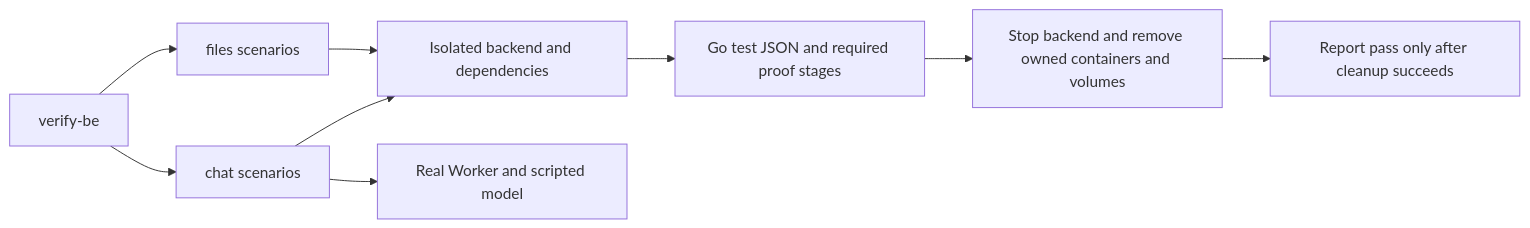
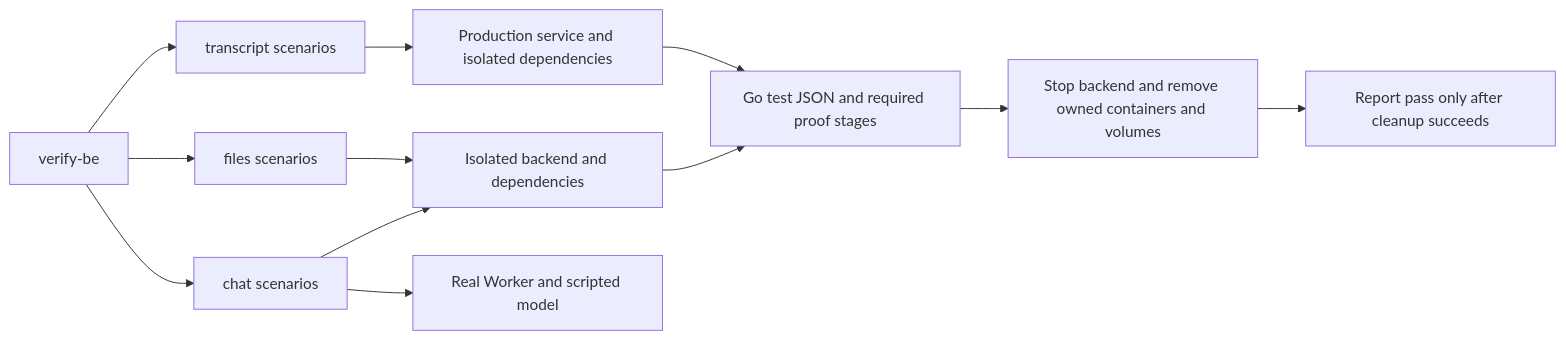
One commit to superduck-ai/open-managed-agents changed the diagram in docs/design/be/backend-verification.md. Above: the diagram before and after it, drawn with Mermaid. The commit also changed other lines of this file and 19 other files, not shown here.

````diff
--- a/docs/design/be/backend-verification.md
+++ b/docs/design/be/backend-verification.md
@@ -25,11 +25,14 @@
 ```mermaid
 flowchart LR
     CLI[verify-be] --> Chat[chat scenarios]
     CLI --> Files[files scenarios]
+    CLI --> Transcript[transcript scenarios]
+    Transcript --> Integration[Production service and isolated dependencies]
     Chat --> Runtime[Isolated backend and dependencies]
     Files --> Runtime
     Chat --> Worker[Real Worker and scripted model]
     Runtime --> Evidence[Go test JSON and required proof stages]
+    Integration --> Evidence
     Evidence --> Cleanup[Stop backend and remove owned containers and volumes]
     Cleanup --> Verdict[Report pass only after cleanup succeeds]
 ```
````
